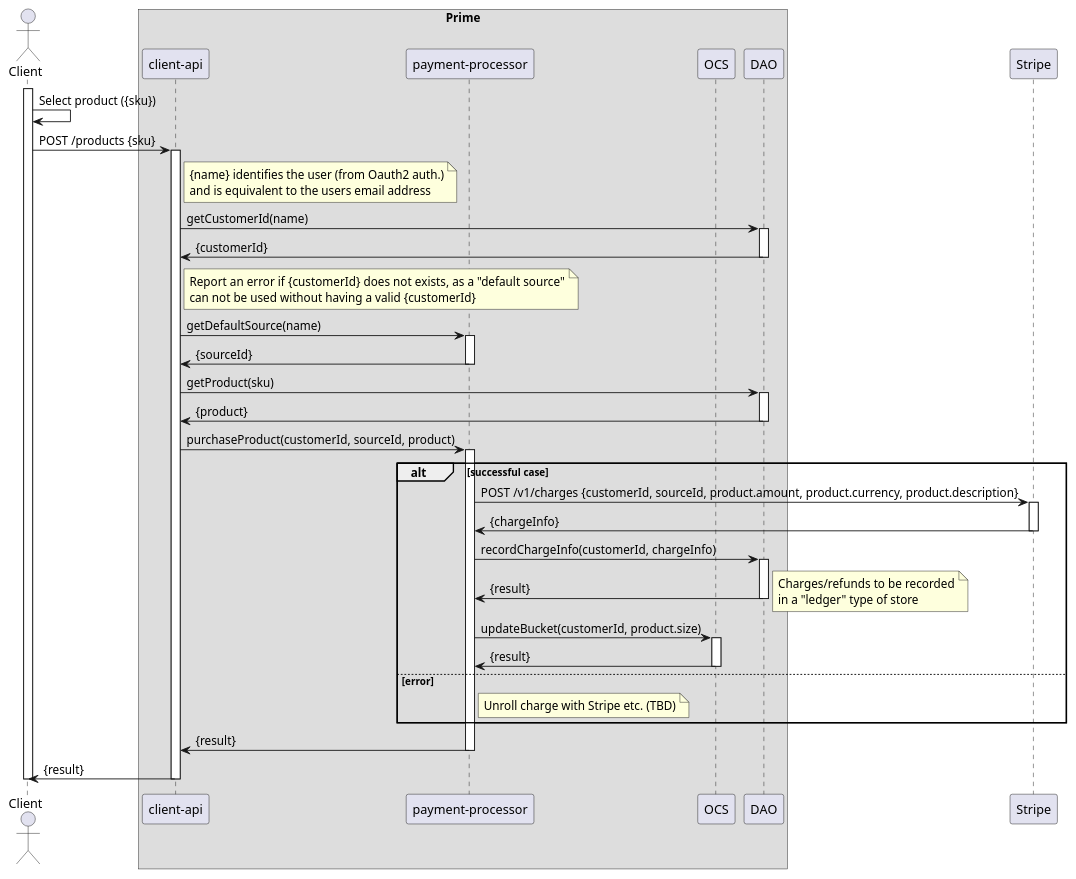
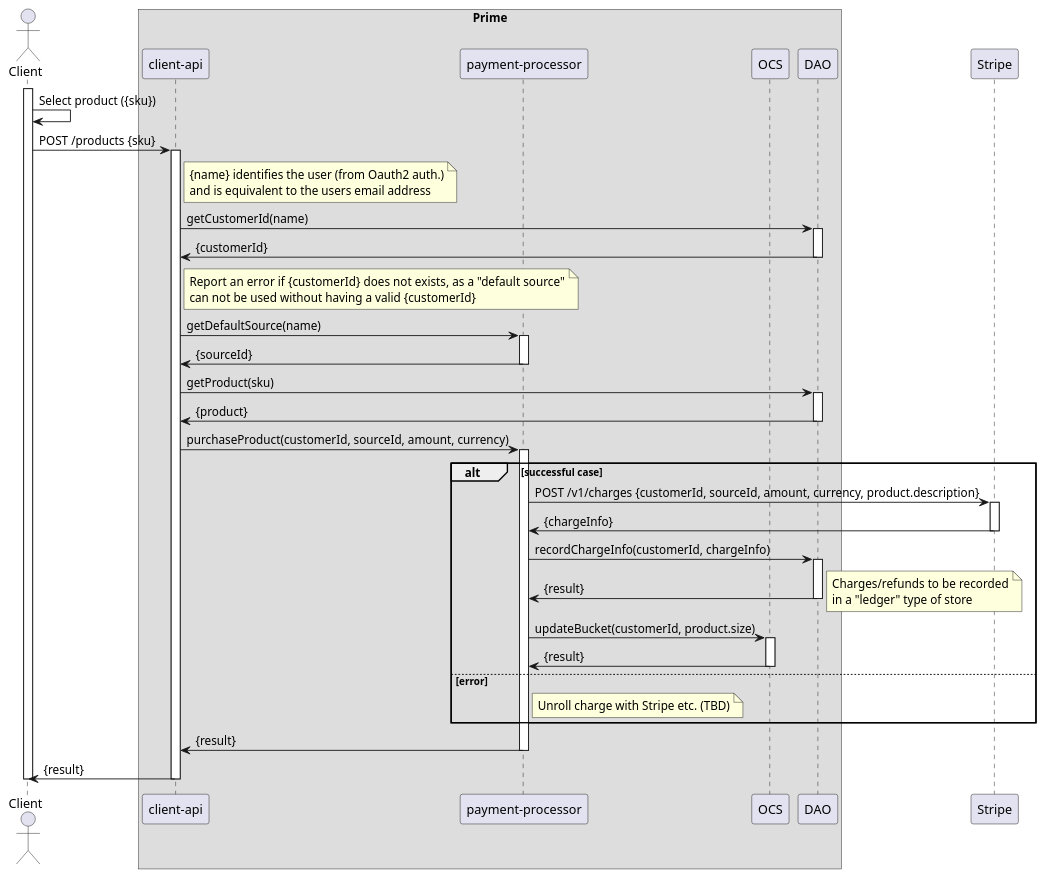
The diagram in payment-processor/doc/puml/purchase-with-default-source.puml (ostelco/ostelco-core), drawn with PlantUML before and after one commit. The commit also changed 2 other files, not shown here.

Commit message:
PurchaseProduct in PaymentProcessor
Moved doc to interface

```diff
--- a/payment-processor/doc/puml/purchase-with-default-source.puml
+++ b/payment-processor/doc/puml/purchase-with-default-source.puml
@@ -1,81 +1,81 @@
 @startuml
 
 actor Client
 participant Client
 
 box "Prime"
     participant "client-api"
     participant "payment-processor"
     participant OCS
     participant DAO
 end box
 participant Stripe
 
 activate Client
 
     Client -> Client : Select product ({sku})
 
     Client -> "client-api": POST /products {sku}
     activate "client-api"
     note right of "client-api"
        {name} identifies the user (from Oauth2 auth.)
        and is equivalent to the users email address
     end note
 
     "client-api" -> DAO : getCustomerId(name)
     activate DAO
     DAO -> "client-api" : {customerId}
     deactivate DAO
 
     note right of "client-api"
         Report an error if {customerId} does not exists, as a "default source"
         can not be used without having a valid {customerId}
     end note
 
     "client-api" -> "payment-processor" : getDefaultSource(name)
     activate "payment-processor"
     "payment-processor" -> "client-api" : {sourceId}
     deactivate "payment-processor"
 
     "client-api" -> DAO : getProduct(sku)
     activate DAO
     DAO -> "client-api" : {product}
     deactivate DAO
 
-    "client-api" -> "payment-processor" : purchaseProduct(customerId, sourceId, product)
+    "client-api" -> "payment-processor" : purchaseProduct(customerId, sourceId, amount, currency)
     activate "payment-processor"
 
     alt successful case
-        "payment-processor" -> Stripe : POST /v1/charges {customerId, sourceId, product.amount, product.currency, product.description}
+        "payment-processor" -> Stripe : POST /v1/charges {customerId, sourceId, amount, currency, product.description}
         activate Stripe
         Stripe -> "payment-processor" : {chargeInfo}
         deactivate Stripe
 
         "payment-processor" -> DAO: recordChargeInfo(customerId, chargeInfo)
         activate DAO
         DAO -> "payment-processor" : {result}
         deactivate DAO
         note right
           Charges/refunds to be recorded
           in a "ledger" type of store
         end note
 
         "payment-processor" -> OCS : updateBucket(customerId, product.size)
         activate OCS
         OCS -> "payment-processor" : {result}
         deactivate OCS
 
     else error
          note right of "payment-processor" : Unroll charge with Stripe etc. (TBD)
 
     end
 
     "payment-processor" -> "client-api" : {result}
     deactivate "payment-processor"
 
     "client-api" -> Client : {result}
     deactivate "client-api"
 
 deactivate Client
 
 @enduml
```
